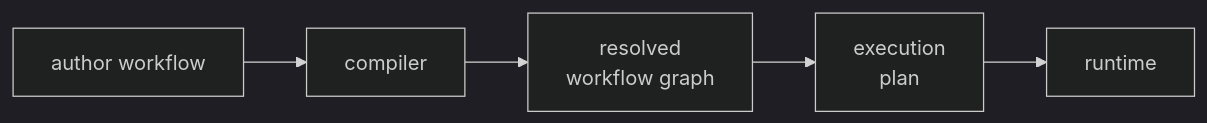
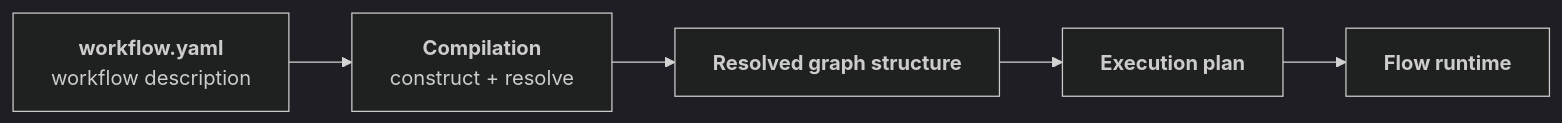
Before and after one commit to FAST-HEP/fasthep-flow: the eighth of 8 diagrams in docs/execution/graph-structure.md, drawn with Mermaid (dark theme). The commit also changed other lines of this file and 7 other files, not shown here.

````diff
--- a/docs/execution/graph-structure.md
+++ b/docs/execution/graph-structure.md
@@ -553,10 +553,10 @@
 ```{mermaid}
 flowchart LR
-    Author["author workflow"]
-    Compiler["compiler"]
-    Graph["resolved<br/>workflow graph"]
-    Plan["execution<br/>plan"]
-    Runtime["runtime"]
+    Workflow["<b>workflow.yaml</b><br/>workflow description"]:::input
+    Compiler["<b>Compilation</b><br/>construct + resolve"]:::flow
+    Graph["<b>Resolved graph structure</b>"]:::flow
+    Plan["<b>Execution plan</b>"]:::plan
+    Runtime["<b>Flow runtime</b>"]:::runtime
 
-    Author --> Compiler --> Graph --> Plan --> Runtime
+    Workflow --> Compiler --> Graph --> Plan --> Runtime
 ```
````
